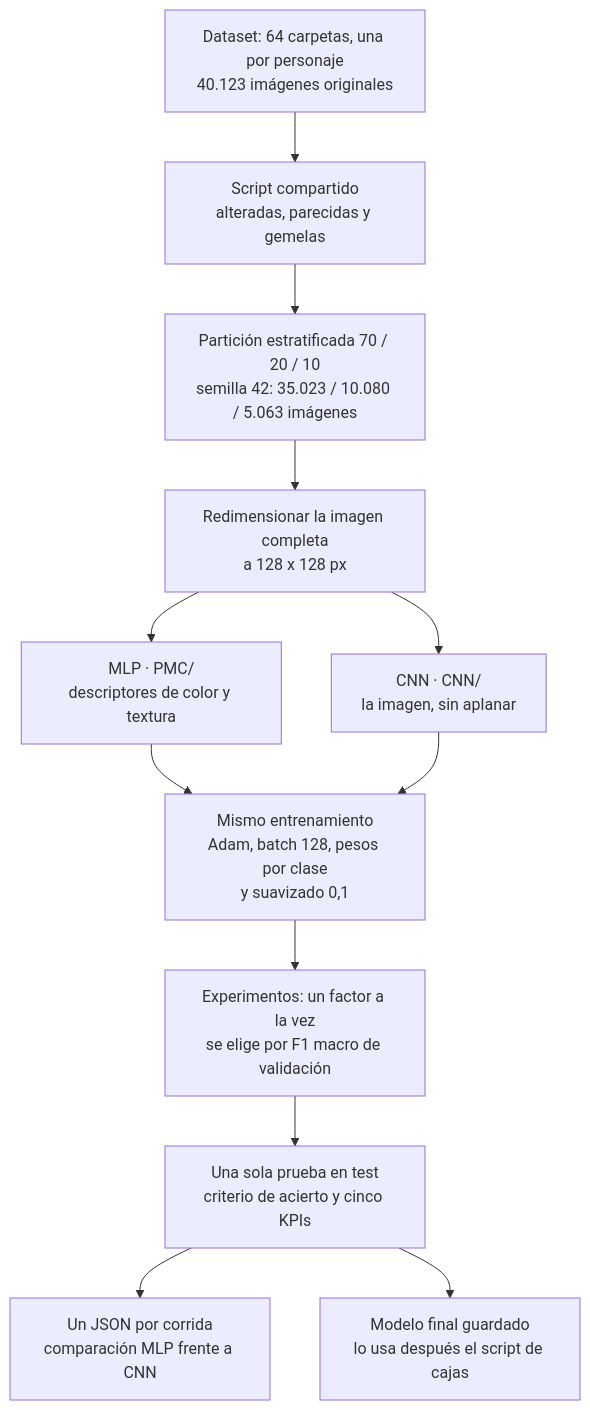
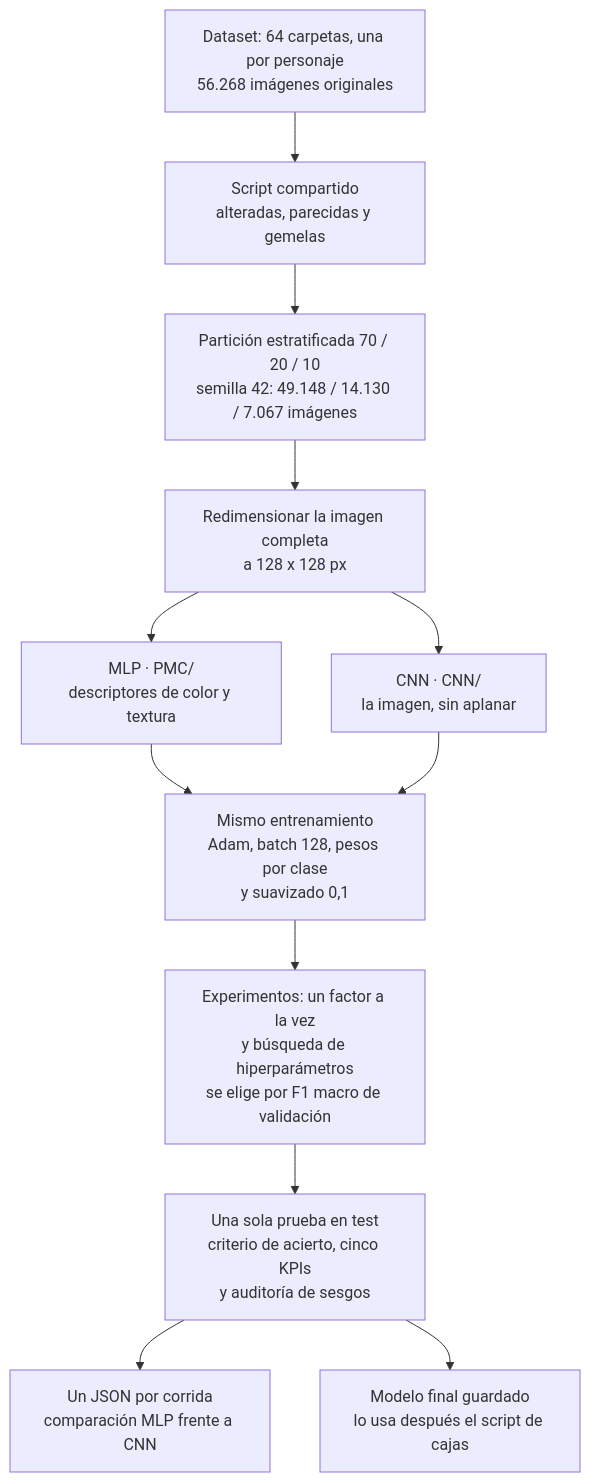
One commit to ByFlopp/LosSimpsons_DeepLearning changed the second of 5 diagrams in README.md. Above: the diagram before and after it, drawn with Mermaid. The commit also changed other lines of this file and 103 other files, not shown here.

````diff
--- a/README.md
+++ b/README.md
@@ -62,14 +62,14 @@
 ```mermaid
 flowchart TD
-    A["Dataset: 64 carpetas, una por personaje<br/>40.123 imágenes originales"] --> B["Script compartido<br/>alteradas, parecidas y gemelas"]
-    B --> C["Partición estratificada 70 / 20 / 10<br/>semilla 42: 35.023 / 10.080 / 5.063 imágenes"]
+    A["Dataset: 64 carpetas, una por personaje<br/>56.268 imágenes originales"] --> B["Script compartido<br/>alteradas, parecidas y gemelas"]
+    B --> C["Partición estratificada 70 / 20 / 10<br/>semilla 42: 49.148 / 14.130 / 7.067 imágenes"]
     C --> D["Redimensionar la imagen completa<br/>a 128 x 128 px"]
     D --> M["MLP · PMC/<br/>descriptores de color y textura"]
     D --> N["CNN · CNN/<br/>la imagen, sin aplanar"]
     M --> E["Mismo entrenamiento<br/>Adam, batch 128, pesos por clase<br/>y suavizado 0,1"]
     N --> E
-    E --> F["Experimentos: un factor a la vez<br/>se elige por F1 macro de validación"]
-    F --> G["Una sola prueba en test<br/>criterio de acierto y cinco KPIs"]
+    E --> F["Experimentos: un factor a la vez<br/>y búsqueda de hiperparámetros<br/>se elige por F1 macro de validación"]
+    F --> G["Una sola prueba en test<br/>criterio de acierto, cinco KPIs<br/>y auditoría de sesgos"]
     G --> H["Un JSON por corrida<br/>comparación MLP frente a CNN"]
     G --> K["Modelo final guardado<br/>lo usa después el script de cajas"]
 ```
````
